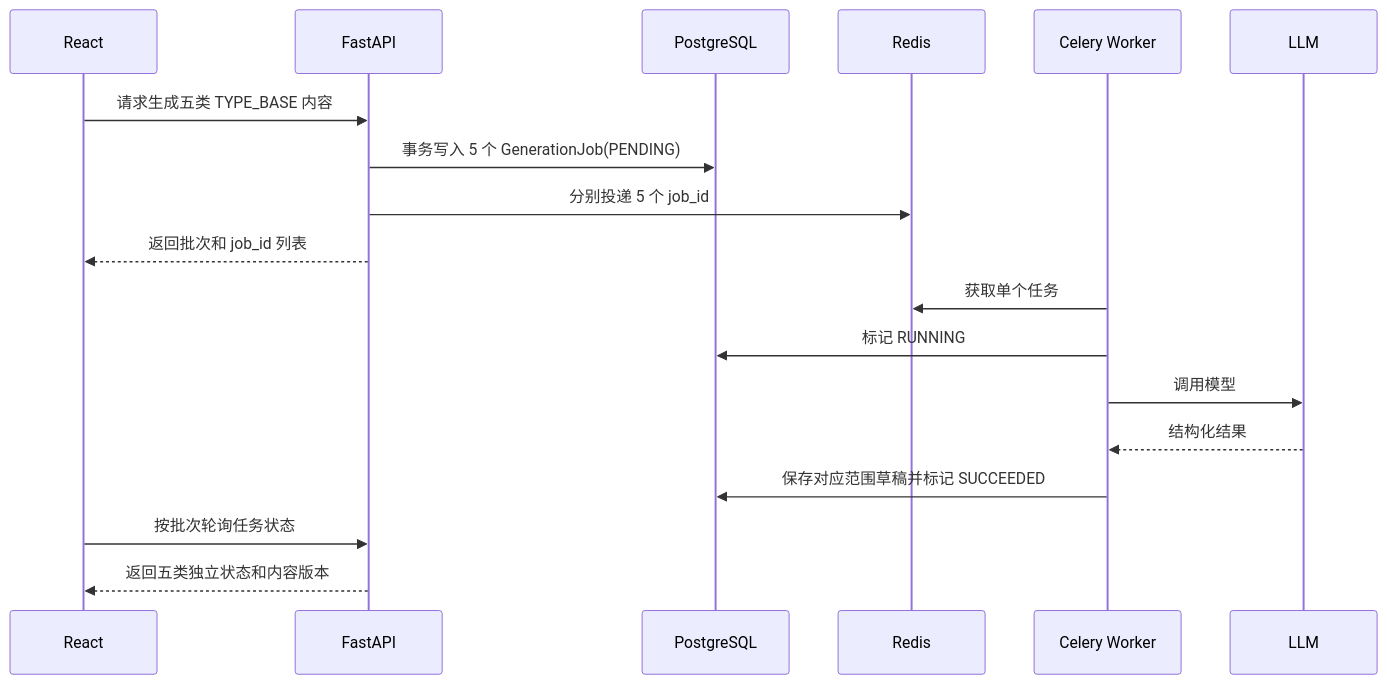
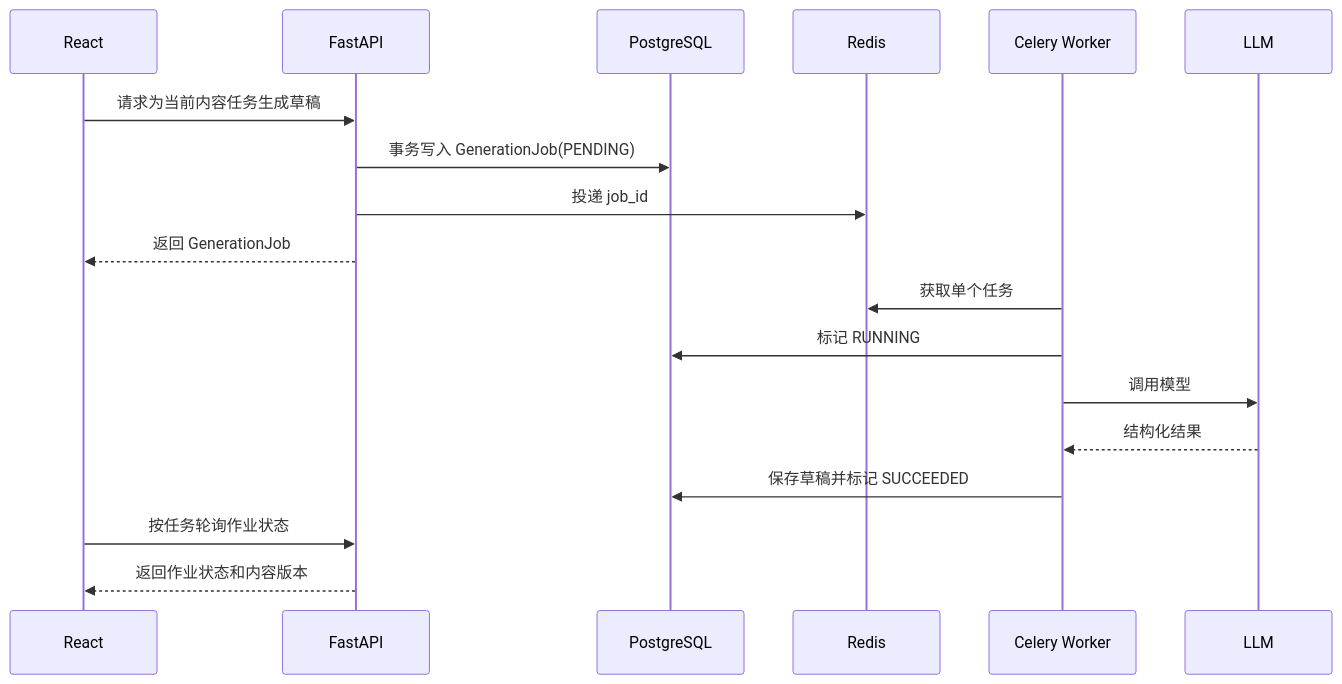
Before and after one commit to ccisnoxx/partsignal: the second of 2 diagrams in docs/GEO系统前后端技术与部署方案.md, drawn with Mermaid. The commit also changed other lines of this file and 109 other files, not shown here.

````diff
--- a/docs/GEO系统前后端技术与部署方案.md
+++ b/docs/GEO系统前后端技术与部署方案.md
@@ -358,21 +361,21 @@
 ```mermaid
 sequenceDiagram
     participant UI as React
     participant API as FastAPI
     participant DB as PostgreSQL
     participant R as Redis
     participant W as Celery Worker
     participant L as LLM
 
-    UI->>API: 请求生成五类 TYPE_BASE 内容
-    API->>DB: 事务写入 5 个 GenerationJob(PENDING)
-    API->>R: 分别投递 5 个 job_id
-    API-->>UI: 返回批次和 job_id 列表
+    UI->>API: 请求为当前内容任务生成草稿
+    API->>DB: 事务写入 GenerationJob(PENDING)
+    API->>R: 投递 job_id
+    API-->>UI: 返回 GenerationJob
     W->>R: 获取单个任务
     W->>DB: 标记 RUNNING
     W->>L: 调用模型
     L-->>W: 结构化结果
-    W->>DB: 保存对应范围草稿并标记 SUCCEEDED
-    UI->>API: 按批次轮询任务状态
-    API-->>UI: 返回五类独立状态和内容版本
+    W->>DB: 保存草稿并标记 SUCCEEDED
+    UI->>API: 按任务轮询作业状态
+    API-->>UI: 返回作业状态和内容版本
 ```
````
